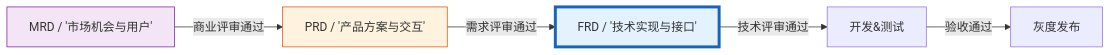
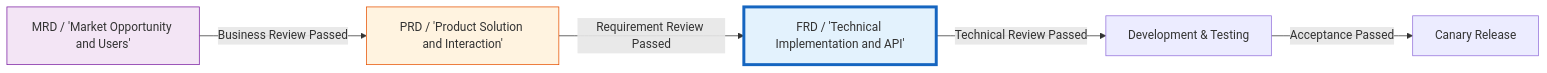
Before and after one commit to Kirky-X/cangjie: the first of 11 diagrams in templates/产品/产品层/【模板】功能需求文档.md, drawn with Mermaid. The commit also changed other lines of this file and 60 other files, not shown here.

````diff
--- a/templates/产品/产品层/【模板】功能需求文档.md
+++ b/templates/产品/产品层/【模板】功能需求文档.md
@@ -31,11 +31,11 @@
 ```mermaid
 graph LR
-    A[MRD / '市场机会与用户'] -->|商业评审通过| B[PRD / '产品方案与交互']
-    B -->|需求评审通过| C[FRD / '技术实现与接口']
-    C -->|技术评审通过| D[开发&测试]
-    D -->|验收通过| E[灰度发布]
+    A[MRD / 'Market Opportunity and Users'] -->|Business Review Passed| B[PRD / 'Product Solution and Interaction']
+    B -->|Requirement Review Passed| C[FRD / 'Technical Implementation and API']
+    C -->|Technical Review Passed| D[Development & Testing]
+    D -->|Acceptance Passed| E[Canary Release]
 
     style C fill:#e3f2fd,stroke:#1565c0,stroke-width:4px
     style B fill:#fff3e0,stroke:#e65100
     style A fill:#f3e5f5,stroke:#7b1fa2
 ```
````
